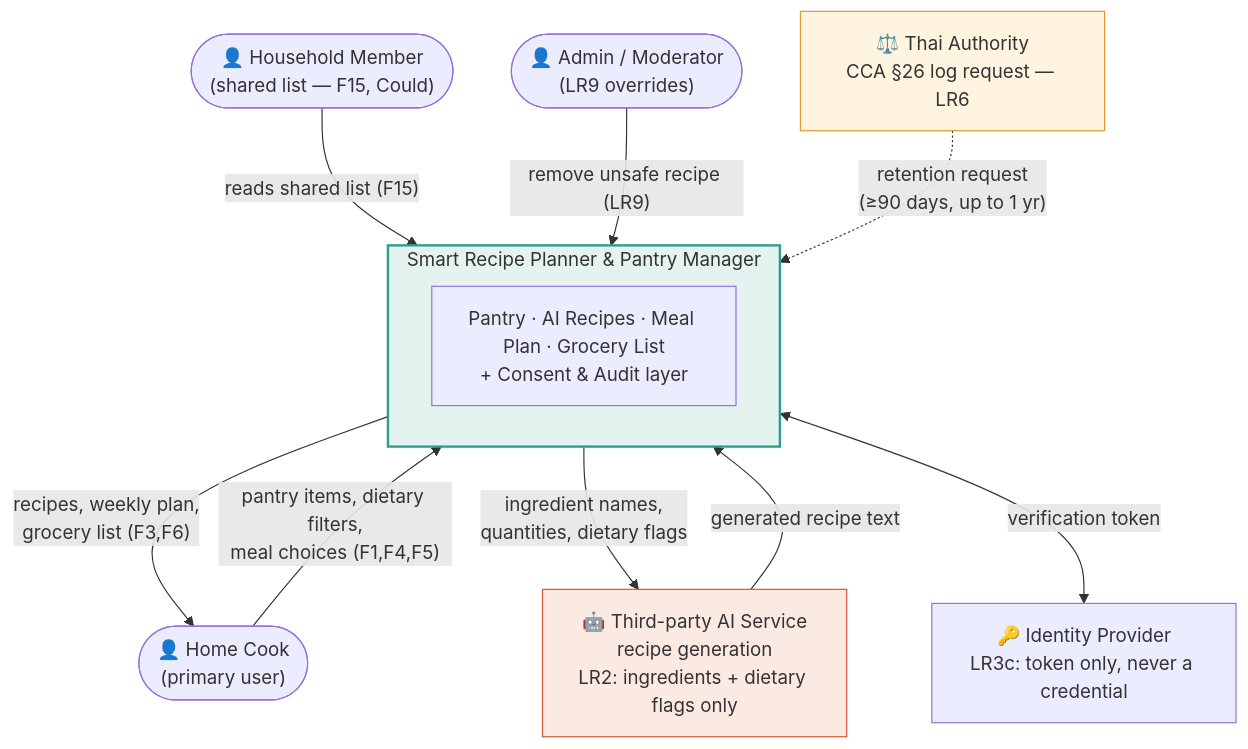
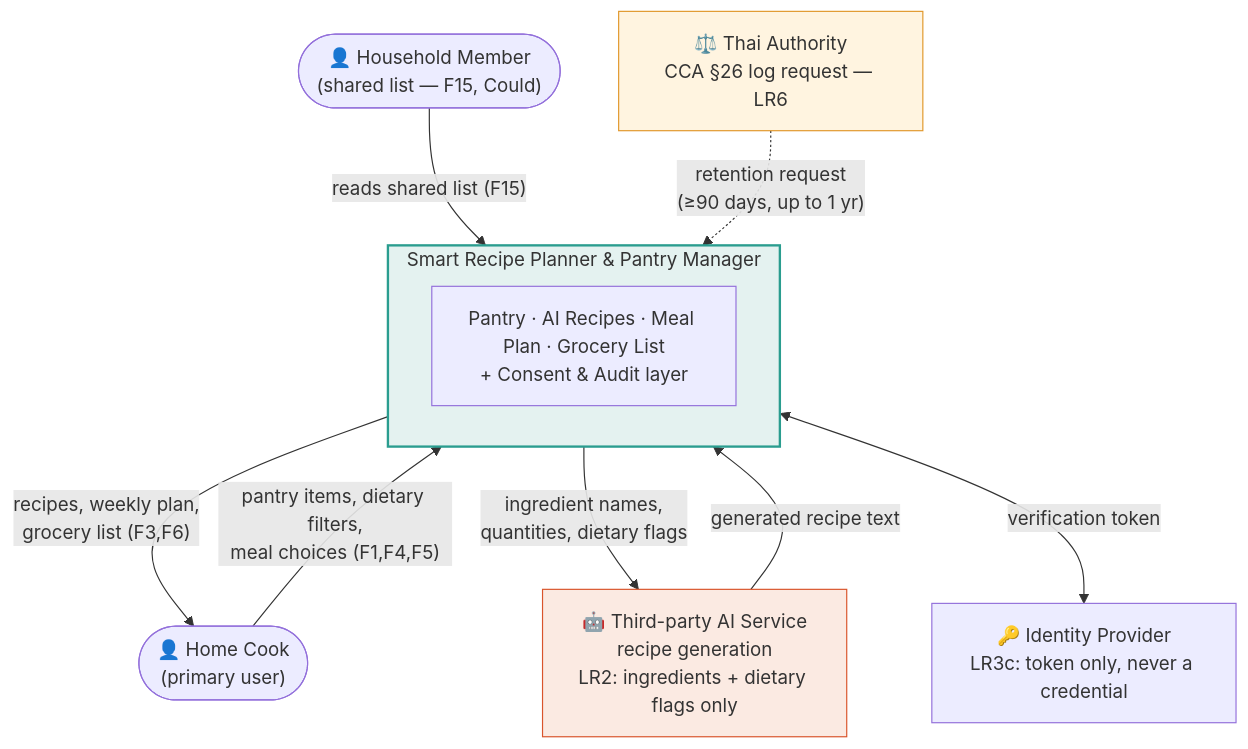
Before and after one commit to eaindraysupan1005/smart-recipe-planner: the diagram in .docs/02-design/04-diagrams/01-context.md, drawn with Mermaid. The commit also changed 8 other files, not shown here.

First line of the commit message:
W4: remove the Admin/Moderator role from spec, backlog, and design

````diff
--- a/.docs/02-design/04-diagrams/01-context.md
+++ b/.docs/02-design/04-diagrams/01-context.md
@@ -6,28 +6,26 @@
 ```mermaid
 flowchart TB
     cook(["👤 Home Cook<br/>(primary user)"])
-    admin(["👤 Admin / Moderator<br/>(LR9 overrides)"])
     member(["👤 Household Member<br/>(shared list — F15, Could)"])
 
     subgraph SYS["Smart Recipe Planner & Pantry Manager"]
         core["Pantry · AI Recipes · Meal Plan · Grocery List<br/>+ Consent & Audit layer"]
     end
 
     ai["🤖 Third-party AI Service<br/>recipe generation<br/>LR2: ingredients + dietary flags only"]
     auth["🔑 Identity Provider<br/>LR3c: token only, never a credential"]
     authority["⚖️ Thai Authority<br/>CCA §26 log request — LR6"]
 
     cook -->|"pantry items, dietary filters,<br/>meal choices (F1,F4,F5)"| SYS
     SYS -->|"recipes, weekly plan,<br/>grocery list (F3,F6)"| cook
     member -->|"reads shared list (F15)"| SYS
-    admin -->|"remove unsafe recipe (LR9)"| SYS
 
     SYS -->|"ingredient names,<br/>quantities, dietary flags"| ai
     ai -->|"generated recipe text"| SYS
     SYS <-->|"verification token"| auth
     authority -.->|"retention request<br/>(≥90 days, up to 1 yr)"| SYS
 
     style SYS fill:#E4F2F0,stroke:#2A9D8F,stroke-width:2px
     style ai fill:#FBEAE2,stroke:#D9542B
     style authority fill:#FFF4E0,stroke:#E1972B
 ```
````
